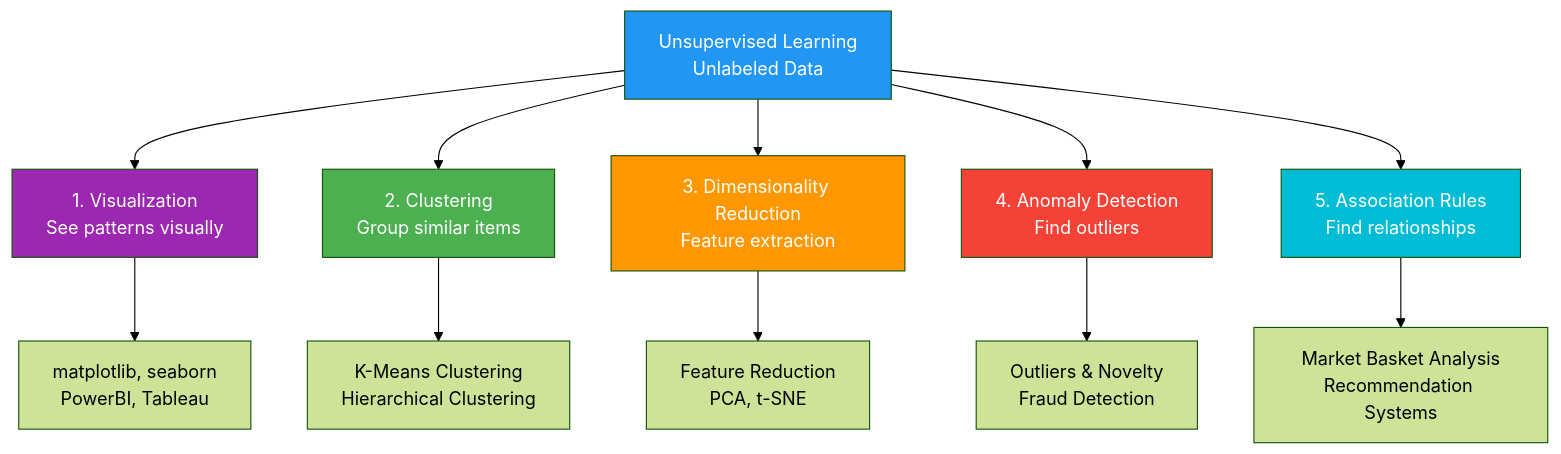
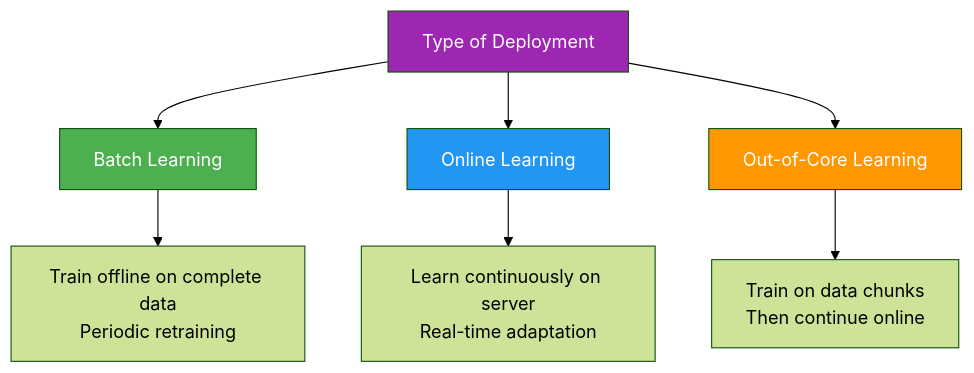
The third of 5 diagrams in machine-learning-sem-4/1. Types of Machine Learning.md (rachitgoyal14/supervised-unsupervised-notes), drawn with Mermaid (forest theme) before and after one commit. The commit also changed other lines of this file and 8 other files, not shown here.

````diff
--- a/machine-learning-sem-4/1. Types of Machine Learning.md
+++ b/machine-learning-sem-4/1. Types of Machine Learning.md
@@ -60,21 +123,15 @@
 ```mermaid
 graph TB
-    UL[Unsupervised Learning<br/>Unlabeled Data] --> VIZ[1. Visualization<br/>See patterns visually]
-    UL --> CLUST[2. Clustering<br/>Group similar items]
-    UL --> DIM[3. Dimensionality Reduction<br/>Feature extraction]
-    UL --> ANOM[4. Anomaly Detection<br/>Find outliers]
-    UL --> ASSOC[5. Association Rules<br/>Find relationships]
+    DEPLOY[Type of Deployment] --> BATCH[Batch Learning]
+    DEPLOY --> ONLINE[Online Learning]
+    DEPLOY --> OUTCORE[Out-of-Core Learning]
     
-    VIZ --> VIZ_EX[matplotlib, seaborn<br/>PowerBI, Tableau]
-    CLUST --> CLUST_EX[K-Means Clustering<br/>Hierarchical Clustering]
-    DIM --> DIM_EX[Feature Reduction<br/>PCA, t-SNE]
-    ANOM --> ANOM_EX[Outliers & Novelty<br/>Fraud Detection]
-    ASSOC --> ASSOC_EX[Market Basket Analysis<br/>Recommendation Systems]
+    BATCH --> BATCH_DESC["Train offline on complete data<br/>Periodic retraining"]
+    ONLINE --> ONLINE_DESC["Learn continuously on server<br/>Real-time adaptation"]
+    OUTCORE --> OUTCORE_DESC["Train on data chunks<br/>Then continue online"]
     
-    style UL fill:#2196F3,color:#fff
-    style VIZ fill:#9C27B0,color:#fff
-    style CLUST fill:#4CAF50,color:#fff
-    style DIM fill:#FF9800,color:#fff
-    style ANOM fill:#F44336,color:#fff
-    style ASSOC fill:#00BCD4,color:#fff
+    style DEPLOY fill:#9C27B0,color:#fff
+    style BATCH fill:#4CAF50,color:#fff
+    style ONLINE fill:#2196F3,color:#fff
+    style OUTCORE fill:#FF9800,color:#fff
 ```
````
